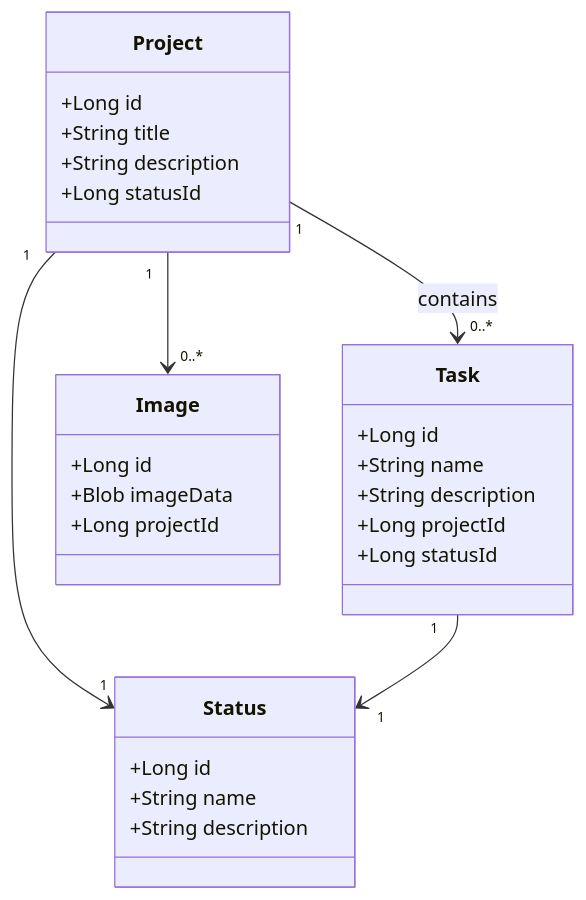
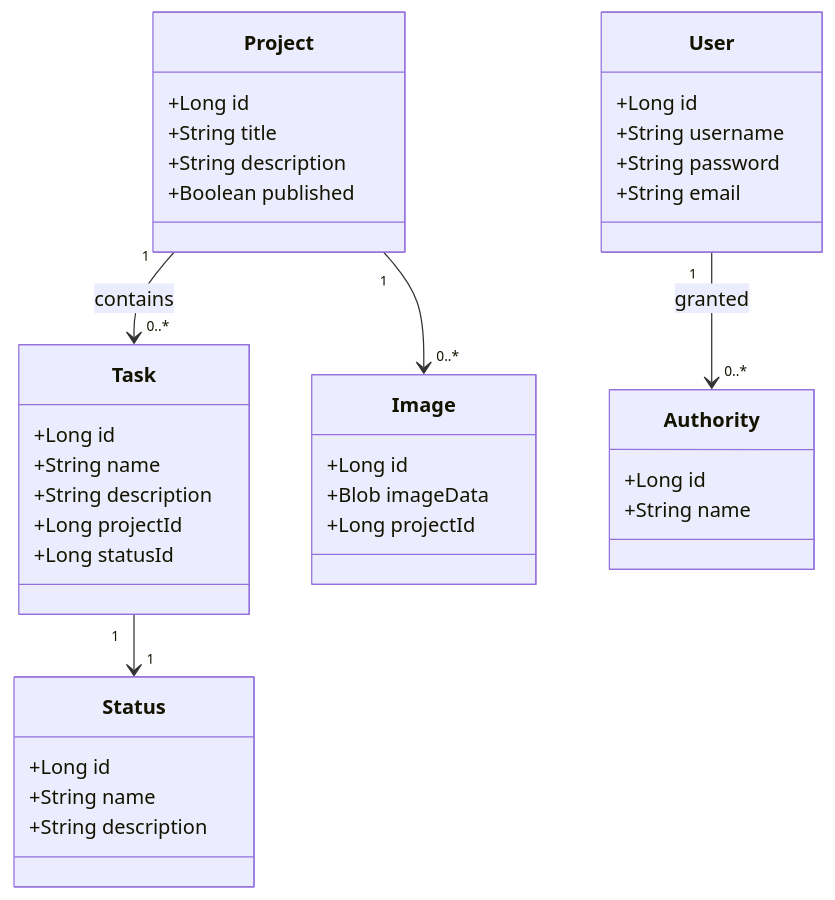
One commit to mjerta/project-manager-backend changed the diagram in README.md. Above: the diagram before and after it, drawn with Mermaid. The commit also changed other lines of this file, not shown here.

Commit message:
Updated the mermaid diagram

````diff
--- a/README.md
+++ b/README.md
@@ -54,34 +60,46 @@
 ```mermaid
 classDiagram
     class Project {
         +Long id
         +String title
         +String description
-        +Long statusId
+        +Boolean published
     }
 
     class Task {
         +Long id
         +String name
         +String description
         +Long projectId
         +Long statusId
     }
 
     class Status {
         +Long id
         +String name
         +String description
     }
 
     class Image {
         +Long id
         +Blob imageData
         +Long projectId
     }
 
-    Project "1" --> "1" Status
+    class User {
+        +Long id
+        +String username
+        +String password
+        +String email
+    }
+
+    class Authority {
+        +Long id
+        +String name
+    }
+
     Task "1" --> "1" Status
     Project "1" --> "0..*" Task : contains
     Project "1" --> "0..*" Image
+    User "1" --> "0..*" Authority : granted
 ```
````
